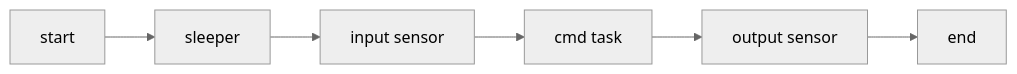
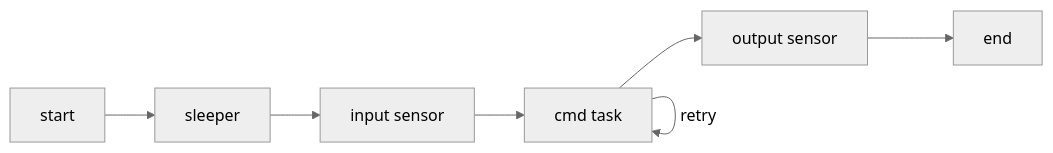
The diagram in production_criterion.md (mingzhou/demo-project), drawn with Mermaid (neutral theme) before and after one commit. The commit also changed other lines of this file, not shown here.

````diff
--- a/production_criterion.md
+++ b/production_criterion.md
@@ -97,6 +104,7 @@
 ```mermaid
 flowchart LR
 
 A[start] --> B[sleeper] --> C[input sensor] --> D[cmd task] --> E[output sensor] --> F[end]
 
+D --retry--> D
 ```
````
